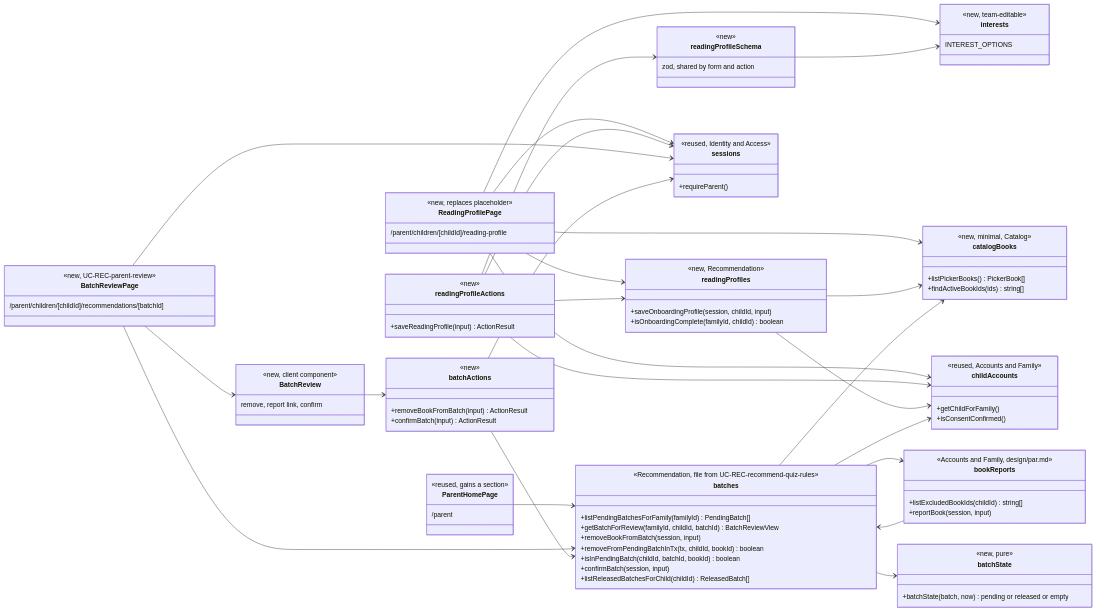
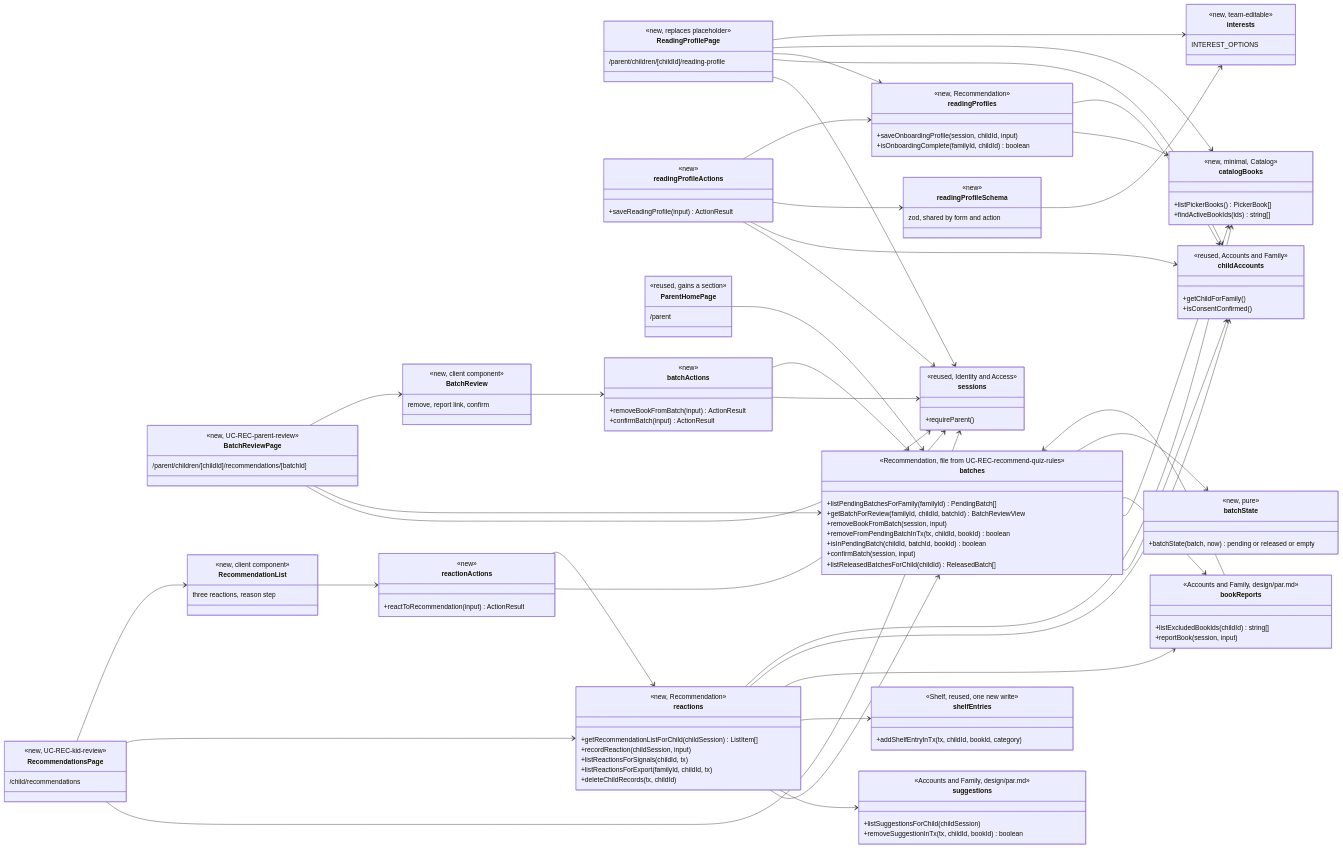
Before and after one commit to videogames21/book_buddies: the first of 9 diagrams in design/rec.md, drawn with Mermaid. The commit also changed other lines of this file and 5 other files, not shown here.

Commit message:
Design UC-REC-kid-review (draft before questions test)

````diff
--- a/design/rec.md
+++ b/design/rec.md
@@ -123,4 +125,45 @@
     batches --> bookReports
     batches --> batchState
     bookReports --> batches
+    class RecommendationsPage {
+        <<new, UC-REC-kid-review>>
+        /child/recommendations
+    }
+    class RecommendationList {
+        <<new, client component>>
+        three reactions, reason step
+    }
+    class reactionActions {
+        <<new>>
+        +reactToRecommendation(input) ActionResult
+    }
+    class reactions {
+        <<new, Recommendation>>
+        +getRecommendationListForChild(childSession) ListItem[]
+        +recordReaction(childSession, input)
+        +listReactionsForSignals(childId, tx)
+        +listReactionsForExport(familyId, childId, tx)
+        +deleteChildRecords(tx, childId)
+    }
+    class suggestions {
+        <<Accounts and Family, design/par.md>>
+        +listSuggestionsForChild(childSession)
+        +removeSuggestionInTx(tx, childId, bookId) boolean
+    }
+    class shelfEntries {
+        <<Shelf, reused, one new write>>
+        +addShelfEntryInTx(tx, childId, bookId, category)
+    }
+    RecommendationsPage --> sessions
+    RecommendationsPage --> reactions
+    RecommendationsPage --> RecommendationList
+    RecommendationList --> reactionActions
+    reactionActions --> sessions
+    reactionActions --> reactions
+    reactions --> batches
+    reactions --> suggestions
+    reactions --> shelfEntries
+    reactions --> bookReports
+    reactions --> childAccounts
+    reactions --> catalogBooks
 ```
````
